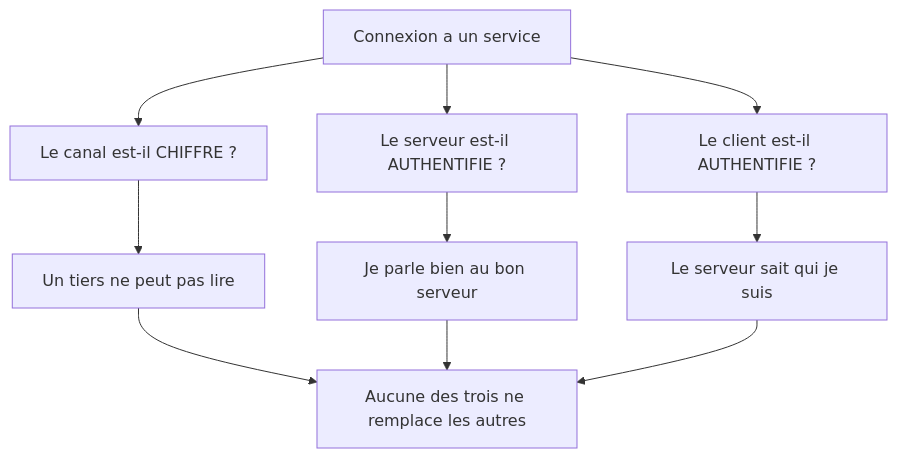
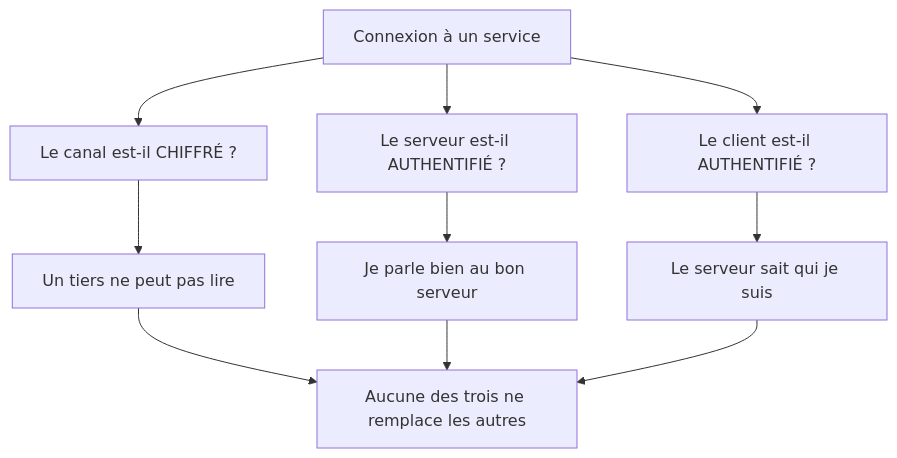
The third of 4 diagrams in courses/reseaux-cybersecurite/07_protocoles_services.md (Gooseppr/GevOps_LC), drawn with Mermaid before and after one commit. The commit also changed other lines of this file and 56 other files, not shown here.

````diff
--- a/courses/reseaux-cybersecurite/07_protocoles_services.md
+++ b/courses/reseaux-cybersecurite/07_protocoles_services.md
@@ -329,12 +329,12 @@
 ```mermaid
 flowchart TD
-    A["Connexion a un service"] --> B["Le canal est-il CHIFFRE ?"]
-    A --> C["Le serveur est-il AUTHENTIFIE ?"]
-    A --> D["Le client est-il AUTHENTIFIE ?"]
+    A["Connexion à un service"] --> B["Le canal est-il CHIFFRÉ ?"]
+    A --> C["Le serveur est-il AUTHENTIFIÉ ?"]
+    A --> D["Le client est-il AUTHENTIFIÉ ?"]
     B --> E["Un tiers ne peut pas lire"]
     C --> F["Je parle bien au bon serveur"]
     D --> G["Le serveur sait qui je suis"]
     E --> H["Aucune des trois ne remplace les autres"]
     F --> H
     G --> H
 ```
````
